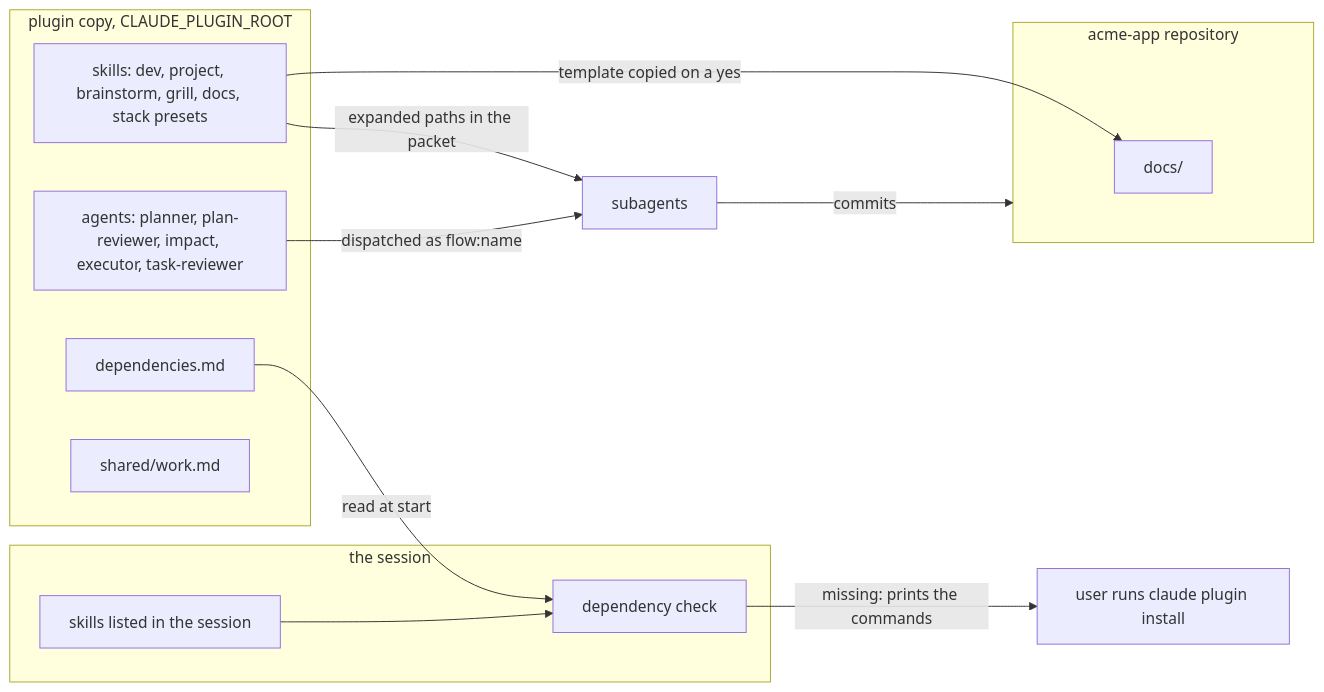
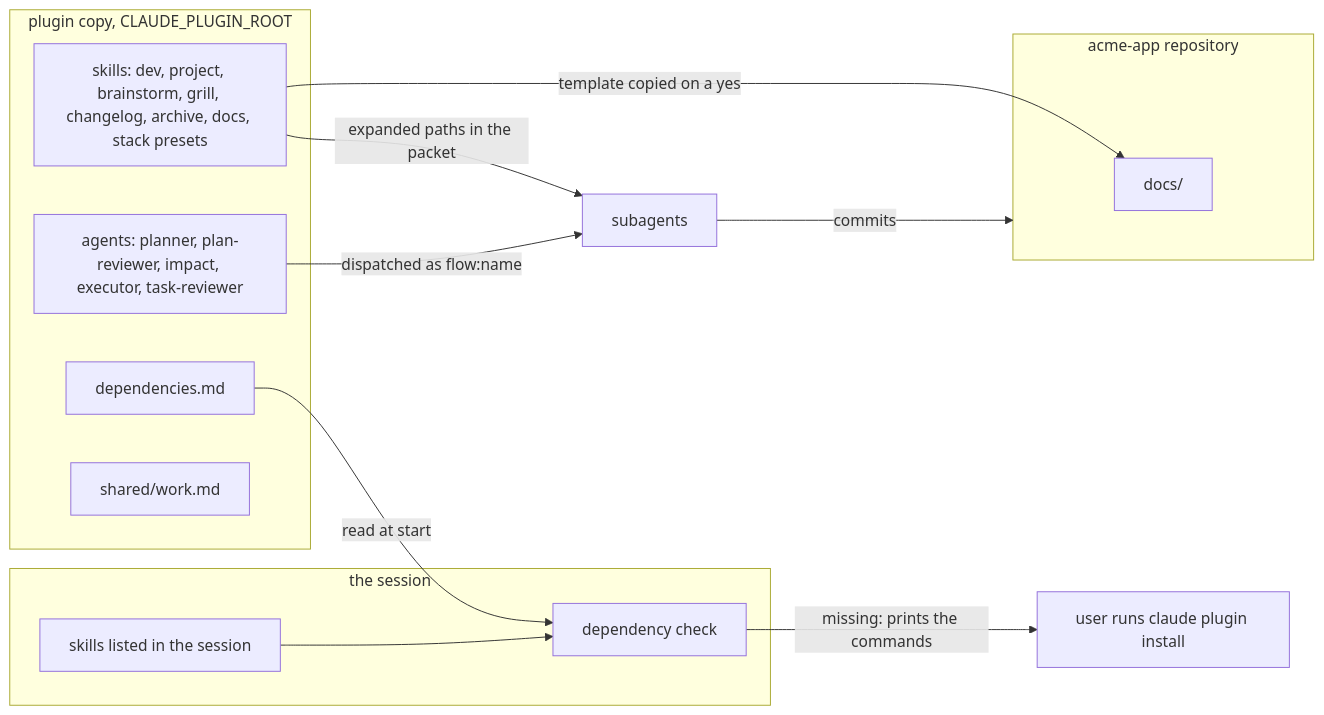
The fourth of 4 diagrams in docs/architecture.md (spleenteo/devflow), drawn with Mermaid before and after one commit. The commit also changed other lines of this file and 2 other files, not shown here.

Commit message:
Fix review findings on README and architecture

````diff
--- a/docs/architecture.md
+++ b/docs/architecture.md
@@ -199,23 +201,23 @@
 ```mermaid
 flowchart LR
   subgraph plugin["plugin copy, CLAUDE_PLUGIN_ROOT"]
     deplist["dependencies.md"]
     agentdir["agents: planner, plan-reviewer, impact, executor, task-reviewer"]
-    skilldir["skills: dev, project, brainstorm, grill, docs, stack presets"]
+    skilldir["skills: dev, project, brainstorm, grill, changelog, archive, docs, stack presets"]
     shared["shared/work.md"]
   end
   subgraph session["the session"]
     listed["skills listed in the session"]
     check["dependency check"]
   end
   subgraph repo["acme-app repository"]
     docs["docs/"]
   end
   deplist -->|"read at start"| check
   listed --> check
   check -->|"missing: prints the commands"| usr["user runs claude plugin install"]
   skilldir -->|"template copied on a yes"| docs
   skilldir -->|"expanded paths in the packet"| agents["subagents"]
   agentdir -->|"dispatched as flow:name"| agents
   agents -->|"commits"| repo
 ```
````
